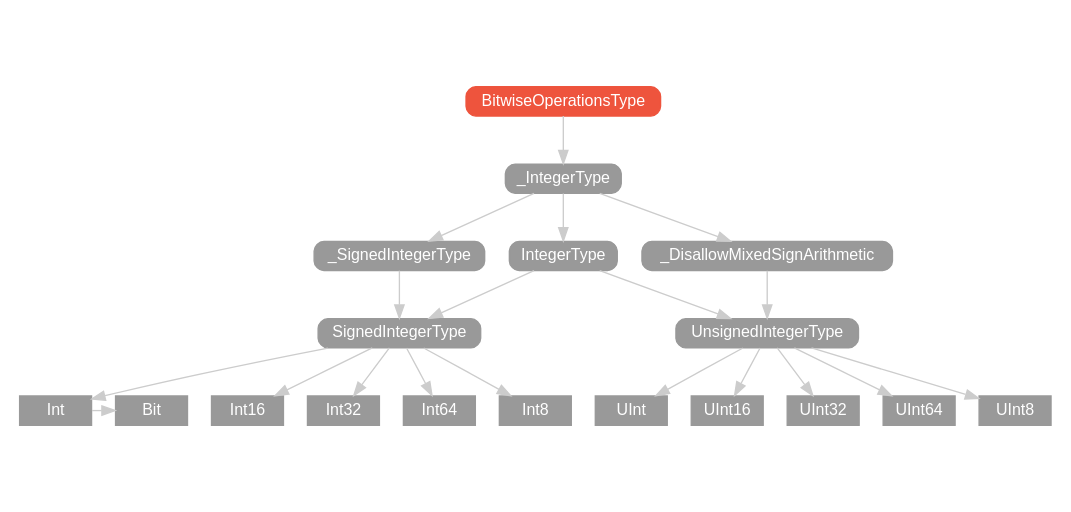
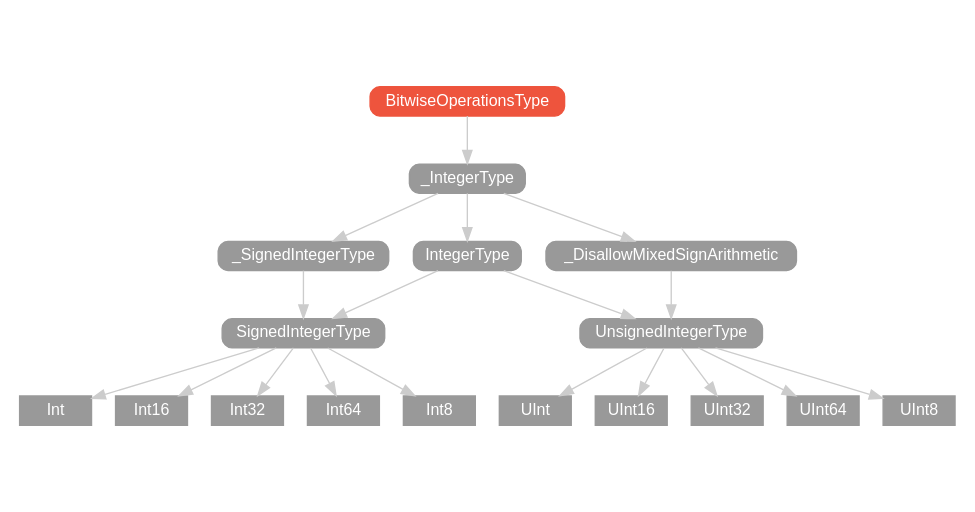
The diagram in v2.0/protocol/BitwiseOperationsType/hierarchy/index.dot (SwiftDoc/SwiftDoc.github.io), drawn with Graphviz before and after one commit. The commit also changed 682 other files, not shown here.

```diff
--- a/v2.0/protocol/BitwiseOperationsType/hierarchy/index.dot
+++ b/v2.0/protocol/BitwiseOperationsType/hierarchy/index.dot
@@ -1,55 +1,52 @@
 strict digraph "BitwiseOperationsType - Type Hierarchy - SwiftDoc.org" {
     pad="0.1,0.8"
     node [shape=box, style="filled,rounded", color="#999999", fillcolor="#999999", fontcolor=white, fontname=Helvetica, fontnames="Helvetica,sansserif", fontsize=12, margin="0.07,0.05", height="0.3"]
     edge [color="#cccccc"]
-    "Bit" [URL="/type/Bit/", style=filled]
     "BitwiseOperationsType" [URL="/protocol/BitwiseOperationsType/", style="filled,rounded", fillcolor="#ee543d", color="#ee543d"]
-    "Int" [URL="/type/Int/", style=filled]
-    "Int16" [URL="/type/Int16/", style=filled]
-    "Int32" [URL="/type/Int32/", style=filled]
-    "Int64" [URL="/type/Int64/", style=filled]
-    "Int8" [URL="/type/Int8/", style=filled]
-    "IntegerType" [URL="/protocol/IntegerType/"]
-    "SignedIntegerType" [URL="/protocol/SignedIntegerType/"]
-    "UInt" [URL="/type/UInt/", style=filled]
-    "UInt16" [URL="/type/UInt16/", style=filled]
-    "UInt32" [URL="/type/UInt32/", style=filled]
-    "UInt64" [URL="/type/UInt64/", style=filled]
-    "UInt8" [URL="/type/UInt8/", style=filled]
-    "UnsignedIntegerType" [URL="/protocol/UnsignedIntegerType/"]
-    "_DisallowMixedSignArithmetic" [URL="/protocol/_DisallowMixedSignArithmetic/"]
-    "_IntegerType" [URL="/protocol/_IntegerType/"]
-    "_SignedIntegerType" [URL="/protocol/_SignedIntegerType/"]    "BitwiseOperationsType" -> "_IntegerType"
+    "Int" [URL="/type/Int/hierarchy/", style=filled]
+    "Int16" [URL="/type/Int16/hierarchy/", style=filled]
+    "Int32" [URL="/type/Int32/hierarchy/", style=filled]
+    "Int64" [URL="/type/Int64/hierarchy/", style=filled]
+    "Int8" [URL="/type/Int8/hierarchy/", style=filled]
+    "IntegerType" [URL="/protocol/IntegerType/hierarchy/"]
+    "SignedIntegerType" [URL="/protocol/SignedIntegerType/hierarchy/"]
+    "UInt" [URL="/type/UInt/hierarchy/", style=filled]
+    "UInt16" [URL="/type/UInt16/hierarchy/", style=filled]
+    "UInt32" [URL="/type/UInt32/hierarchy/", style=filled]
+    "UInt64" [URL="/type/UInt64/hierarchy/", style=filled]
+    "UInt8" [URL="/type/UInt8/hierarchy/", style=filled]
+    "UnsignedIntegerType" [URL="/protocol/UnsignedIntegerType/hierarchy/"]
+    "_DisallowMixedSignArithmetic" [URL="/protocol/_DisallowMixedSignArithmetic/hierarchy/"]
+    "_IntegerType" [URL="/protocol/_IntegerType/hierarchy/"]
+    "_SignedIntegerType" [URL="/protocol/_SignedIntegerType/hierarchy/"]    "BitwiseOperationsType" -> "_IntegerType"
     "_IntegerType" -> "IntegerType"
     "_IntegerType" -> "_DisallowMixedSignArithmetic"
     "_IntegerType" -> "_SignedIntegerType"
     "IntegerType" -> "SignedIntegerType"
     "IntegerType" -> "UnsignedIntegerType"
     "SignedIntegerType" -> "Int"
     "SignedIntegerType" -> "Int16"
     "SignedIntegerType" -> "Int32"
     "SignedIntegerType" -> "Int64"
     "SignedIntegerType" -> "Int8"
-    "Int" -> "Bit"
     "UnsignedIntegerType" -> "UInt"
     "UnsignedIntegerType" -> "UInt16"
     "UnsignedIntegerType" -> "UInt32"
     "UnsignedIntegerType" -> "UInt64"
     "UnsignedIntegerType" -> "UInt8"
     "_DisallowMixedSignArithmetic" -> "UnsignedIntegerType"
     "UnsignedIntegerType" -> "UInt"
     "UnsignedIntegerType" -> "UInt16"
     "UnsignedIntegerType" -> "UInt32"
     "UnsignedIntegerType" -> "UInt64"
     "UnsignedIntegerType" -> "UInt8"
     "_SignedIntegerType" -> "SignedIntegerType"
     "SignedIntegerType" -> "Int"
     "SignedIntegerType" -> "Int16"
     "SignedIntegerType" -> "Int32"
     "SignedIntegerType" -> "Int64"
     "SignedIntegerType" -> "Int8"
-    "Int" -> "Bit"
     subgraph Types {
-        rank = max; "Int"; "Int16"; "Int32"; "Int64"; "Int8"; "Bit"; "UInt"; "UInt16"; "UInt32"; "UInt64"; "UInt8";
+        rank = max; "Int"; "Int16"; "Int32"; "Int64"; "Int8"; "UInt"; "UInt16"; "UInt32"; "UInt64"; "UInt8";
     }
 }
```
